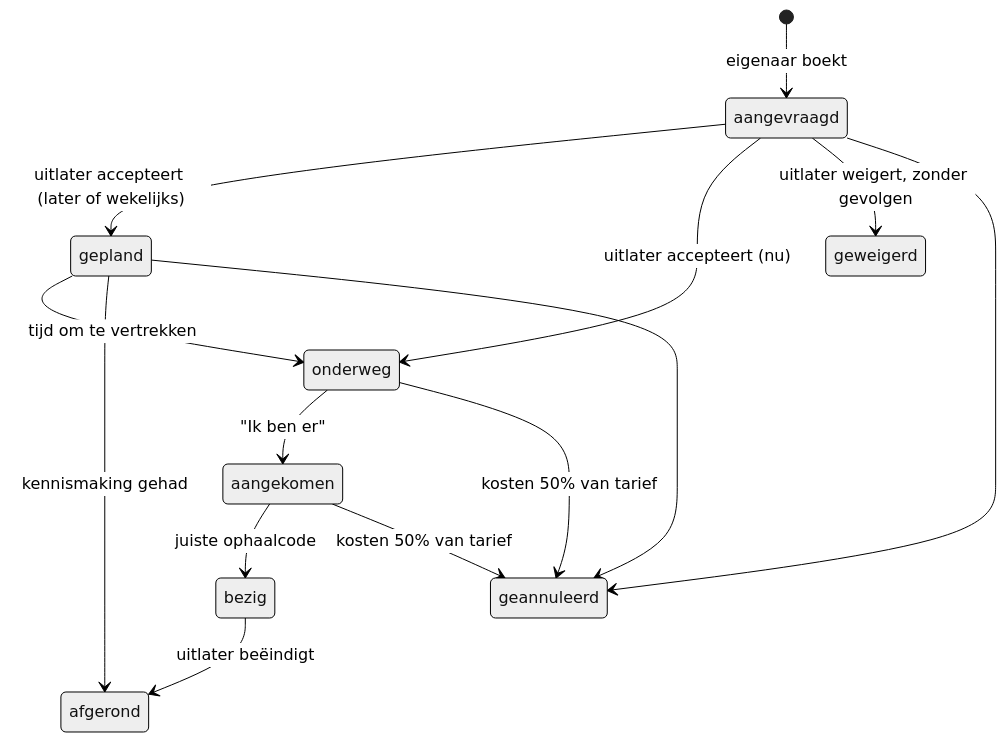
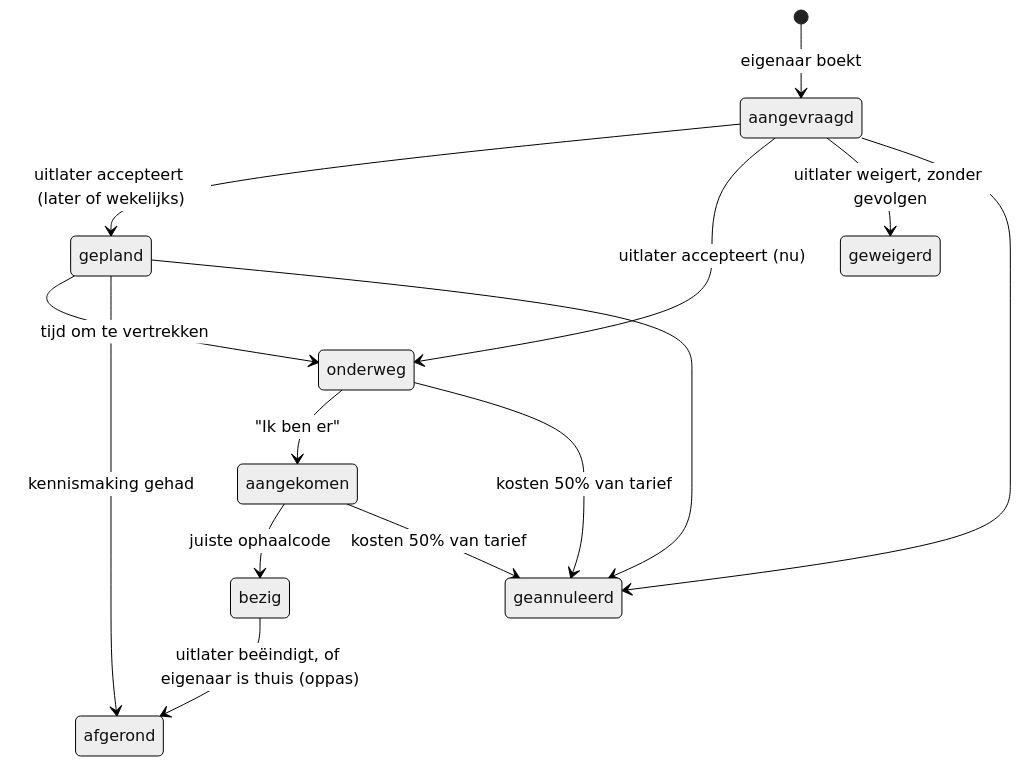
One commit to Hoogveldt-dev/Woober changed the diagram in PLAN.md. Above: the diagram before and after it, drawn with Mermaid (neutral theme). The commit also changed other lines of this file and 34 other files, not shown here.

````diff
--- a/PLAN.md
+++ b/PLAN.md
@@ -65,16 +85,16 @@
 ```mermaid
 stateDiagram-v2
     [*] --> aangevraagd: eigenaar boekt
     aangevraagd --> gepland: uitlater accepteert (later of wekelijks)
     aangevraagd --> onderweg: uitlater accepteert (nu)
     aangevraagd --> geweigerd: uitlater weigert, zonder gevolgen
     gepland --> onderweg: tijd om te vertrekken
     onderweg --> aangekomen: "Ik ben er"
     aangekomen --> bezig: juiste ophaalcode
-    bezig --> afgerond: uitlater beëindigt
+    bezig --> afgerond: uitlater beëindigt, of eigenaar is thuis (oppas)
     gepland --> afgerond: kennismaking gehad
     aangevraagd --> geannuleerd
     gepland --> geannuleerd
     onderweg --> geannuleerd: kosten 50% van tarief
     aangekomen --> geannuleerd: kosten 50% van tarief
 ```
````
